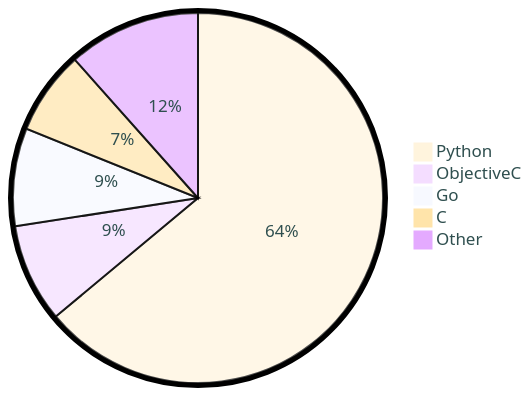
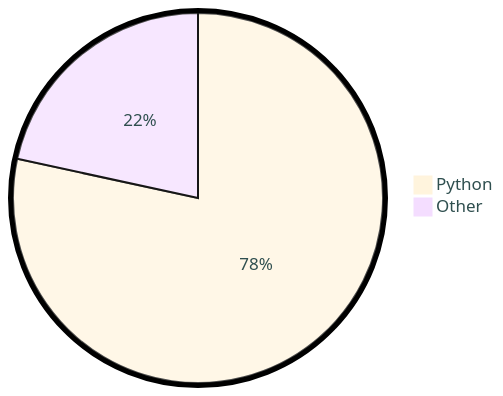
Before and after one commit to tot0p/tot0p: the diagram in README.md, drawn with Mermaid. The commit also changed other lines of this file, not shown here.

````diff
--- a/README.md
+++ b/README.md
@@ -80,9 +82,6 @@
 ```mermaid
 %%{init: {"pie": {"textPosition": 0.5}, "themeVariables": {"pieOuterStrokeWidth": "5px","primaryTextColor" : "#2F4F4F"},"theme":"base"} }%%
 pie
-	"Python": 63.95
-	"ObjectiveC": 8.61
-	"Go": 8.55
-	"C": 7.32
-	"Other": 11.58
+	"Python": 78.4
+	"Other": 21.599999999999994
 ```
````
